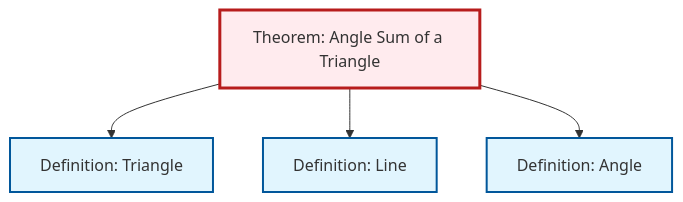
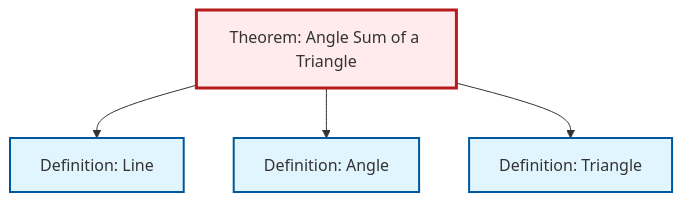
The diagram in content/en/geometry/thm-angle-sum-triangle.qmd (RK0429/ModernMath), drawn with Mermaid before and after one commit. The commit also changed other lines of this file and 530 other files, not shown here.

````diff
--- a/content/en/geometry/thm-angle-sum-triangle.qmd
+++ b/content/en/geometry/thm-angle-sum-triangle.qmd
@@ -57,20 +57,20 @@
 ```{mermaid}
 %%| fig-cap: "Local dependency graph"
 graph TD
     classDef definition fill:#e1f5fe,stroke:#01579b,stroke-width:2px
     classDef theorem fill:#f3e5f5,stroke:#4a148c,stroke-width:2px
     classDef axiom fill:#fff3e0,stroke:#e65100,stroke-width:2px
     classDef example fill:#e8f5e9,stroke:#1b5e20,stroke-width:2px
     classDef current fill:#ffebee,stroke:#b71c1c,stroke-width:3px
+    thm-angle-sum-triangle["Theorem: Angle Sum of a Triangle"]:::theorem
+    def-triangle["Definition: Triangle"]:::definition
+    def-line["Definition: Line"]:::definition
     def-angle["Definition: Angle"]:::definition
-    thm-angle-sum-triangle["Theorem: Angle Sum of a Triangle"]:::theorem
-    def-line["Definition: Line"]:::definition
-    def-triangle["Definition: Triangle"]:::definition
-    thm-angle-sum-triangle --> def-triangle
     thm-angle-sum-triangle --> def-line
     thm-angle-sum-triangle --> def-angle
+    thm-angle-sum-triangle --> def-triangle
     class thm-angle-sum-triangle current
+    click def-triangle "def-triangle.html" "Go to Triangle definition"
+    click def-line "def-line.html" "Go to Line definition"
     click def-angle "def-angle.html" "Go to Angle definition"
-    click def-line "def-line.html" "Go to Line definition"
-    click def-triangle "def-triangle.html" "Go to Triangle definition"
 ```
````
